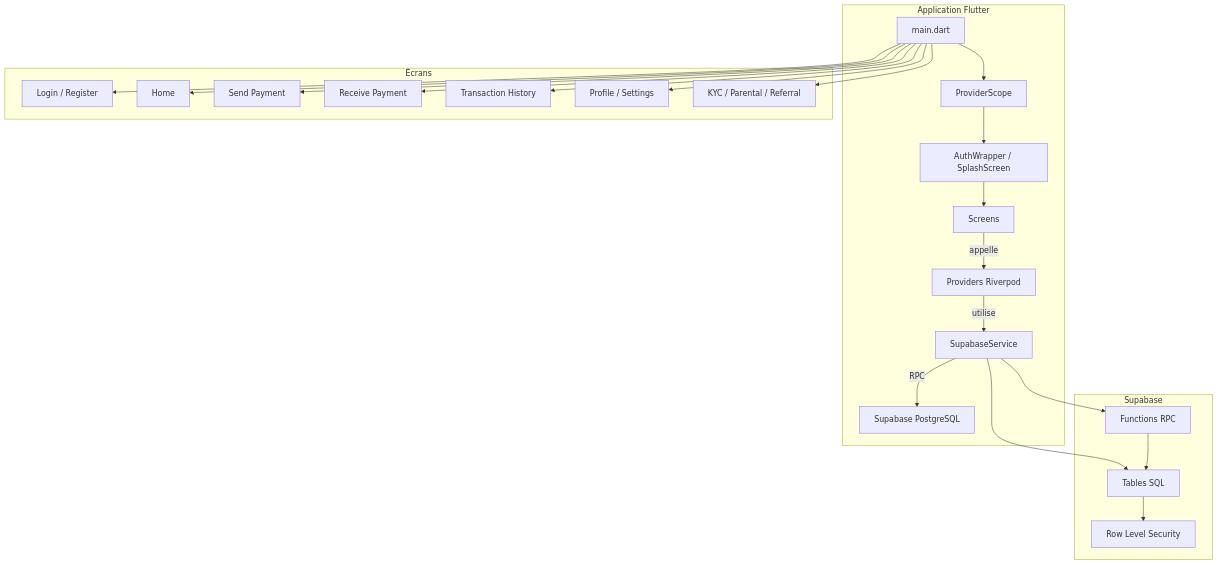
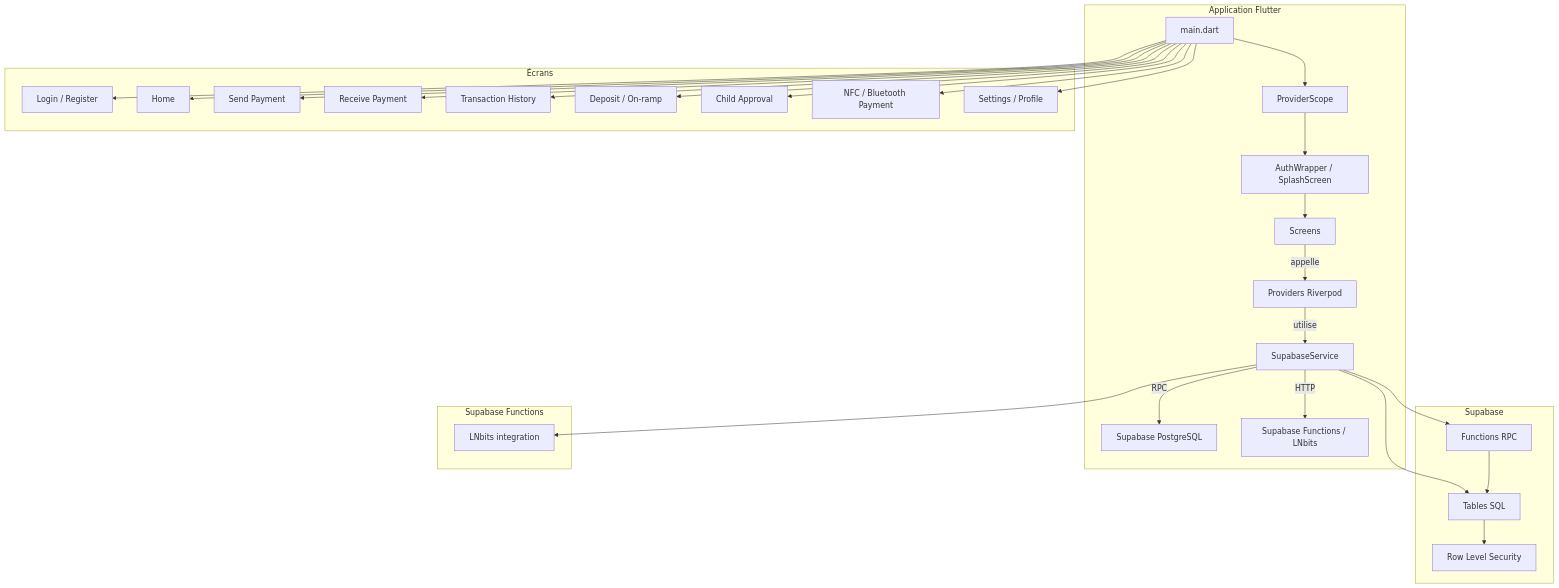
Before and after one commit to Userja3k/Crypto-Pay: the diagram in ARCHITECTURE.md, drawn with Mermaid. The commit also changed other lines of this file and 14 other files, not shown here.

````diff
--- a/ARCHITECTURE.md
+++ b/ARCHITECTURE.md
@@ -17,40 +17,50 @@
 ```mermaid
 flowchart TD
   subgraph AppMobile [Application Flutter]
     A[main.dart] --> B[ProviderScope]
     B --> C[AuthWrapper / SplashScreen]
     C --> D[Screens]
     D -->|appelle| E[Providers Riverpod]
     E -->|utilise| F[SupabaseService]
     F -->|RPC| G[Supabase PostgreSQL]
+    F -->|HTTP| H[Supabase Functions / LNbits]
   end
 
   subgraph UI [Écrans]
     D1[Login / Register]
     D2[Home]
     D3[Send Payment]
     D4[Receive Payment]
     D5[Transaction History]
-    D6[Profile / Settings]
-    D7[KYC / Parental / Referral]
+    D6[Deposit / On-ramp]
+    D7[Child Approval]
+    D8[NFC / Bluetooth Payment]
+    D9[Settings / Profile]
   end
 
   subgraph Backend [Supabase]
     G1[Tables SQL]
     G2[Functions RPC]
     G3[Row Level Security]
+  end
+
+  subgraph Serverless [Supabase Functions]
+    H1[LNbits integration]
   end
 
   A --> D1
   A --> D2
   A --> D3
   A --> D4
   A --> D5
   A --> D6
   A --> D7
+  A --> D8
+  A --> D9
 
   F --> G1
   F --> G2
+  F --> H1
   G2 --> G1
   G1 --> G3
 ```
````
